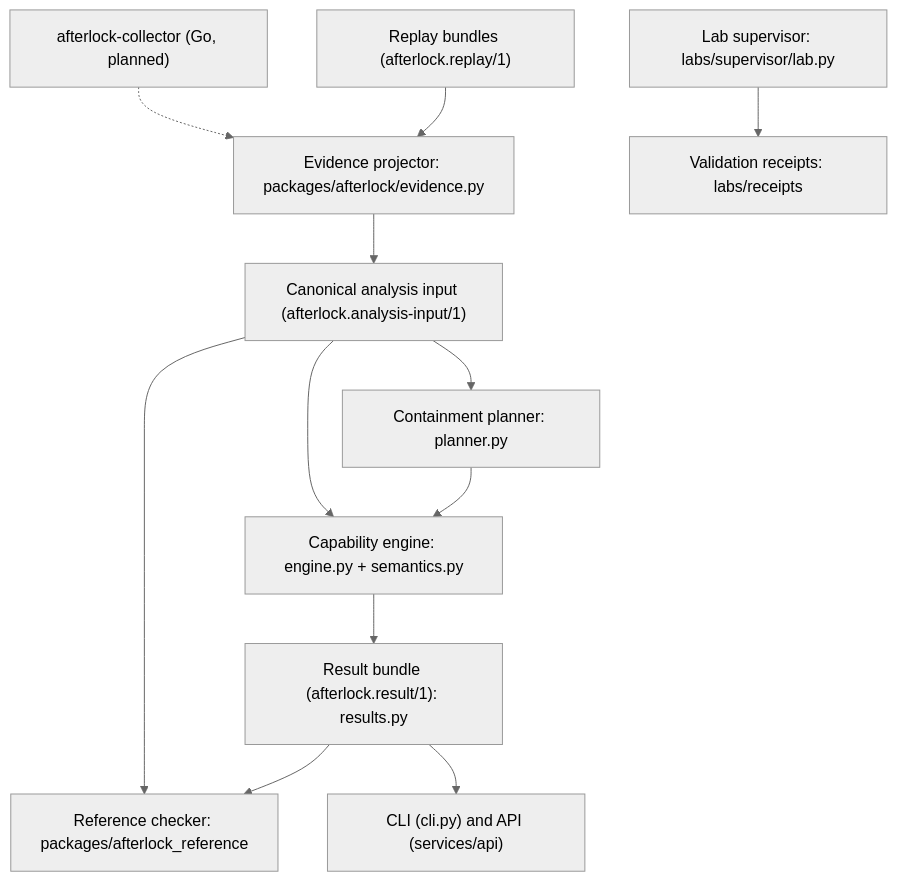
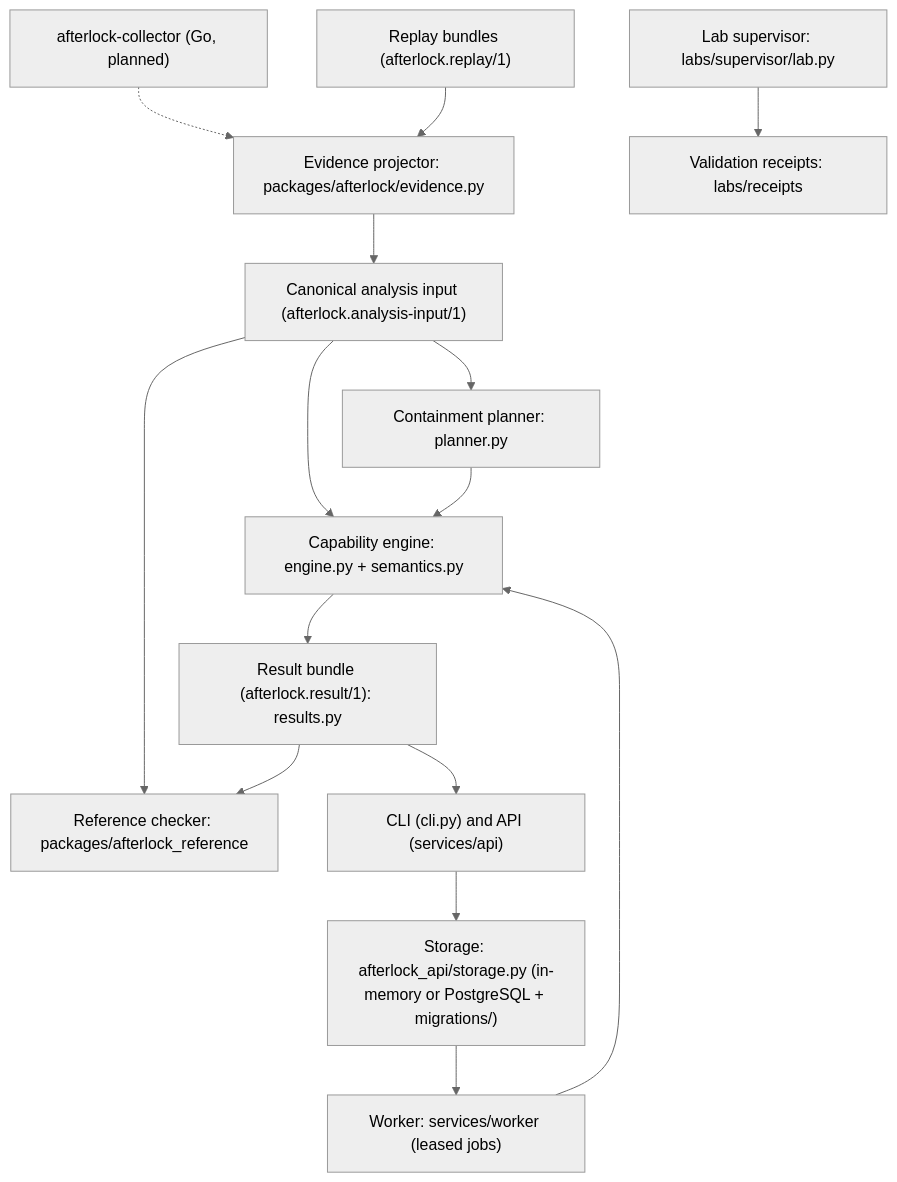
One commit to rakshit-737/afterlock changed the diagram in docs/architecture/system.md. Above: the diagram before and after it, drawn with Mermaid (neutral theme). The commit also changed other lines of this file, not shown here.

Commit message:
docs(architecture): describe persistence, job leases, and publication invariant

````diff
--- a/docs/architecture/system.md
+++ b/docs/architecture/system.md
@@ -6,14 +6,17 @@
 ```mermaid
 flowchart TD
     A["afterlock-collector (Go, planned)"] -.-> C
     D["Replay bundles (afterlock.replay/1)"] --> C["Evidence projector: packages/afterlock/evidence.py"]
     C --> I["Canonical analysis input (afterlock.analysis-input/1)"]
     I --> G["Capability engine: engine.py + semantics.py"]
     G --> R["Result bundle (afterlock.result/1): results.py"]
     I --> H["Containment planner: planner.py"]
     H --> G
     I --> J["Reference checker: packages/afterlock_reference"]
     R --> J
     R --> K["CLI (cli.py) and API (services/api)"]
+    K --> S["Storage: afterlock_api/storage.py (in-memory or PostgreSQL + migrations/)"]
+    S --> W["Worker: services/worker (leased jobs)"]
+    W --> G
     L["Lab supervisor: labs/supervisor/lab.py"] --> N["Validation receipts: labs/receipts"]
 ```
````
